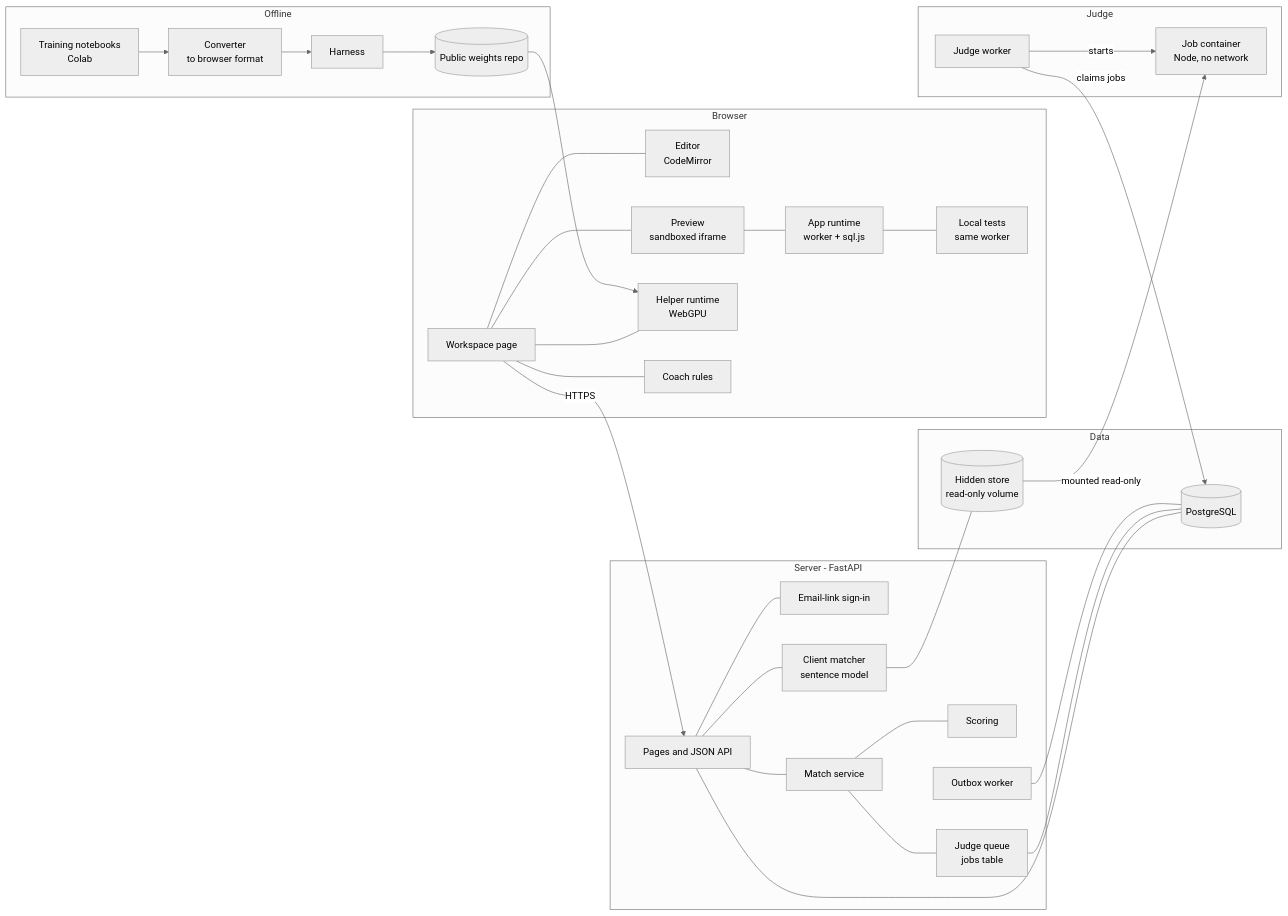
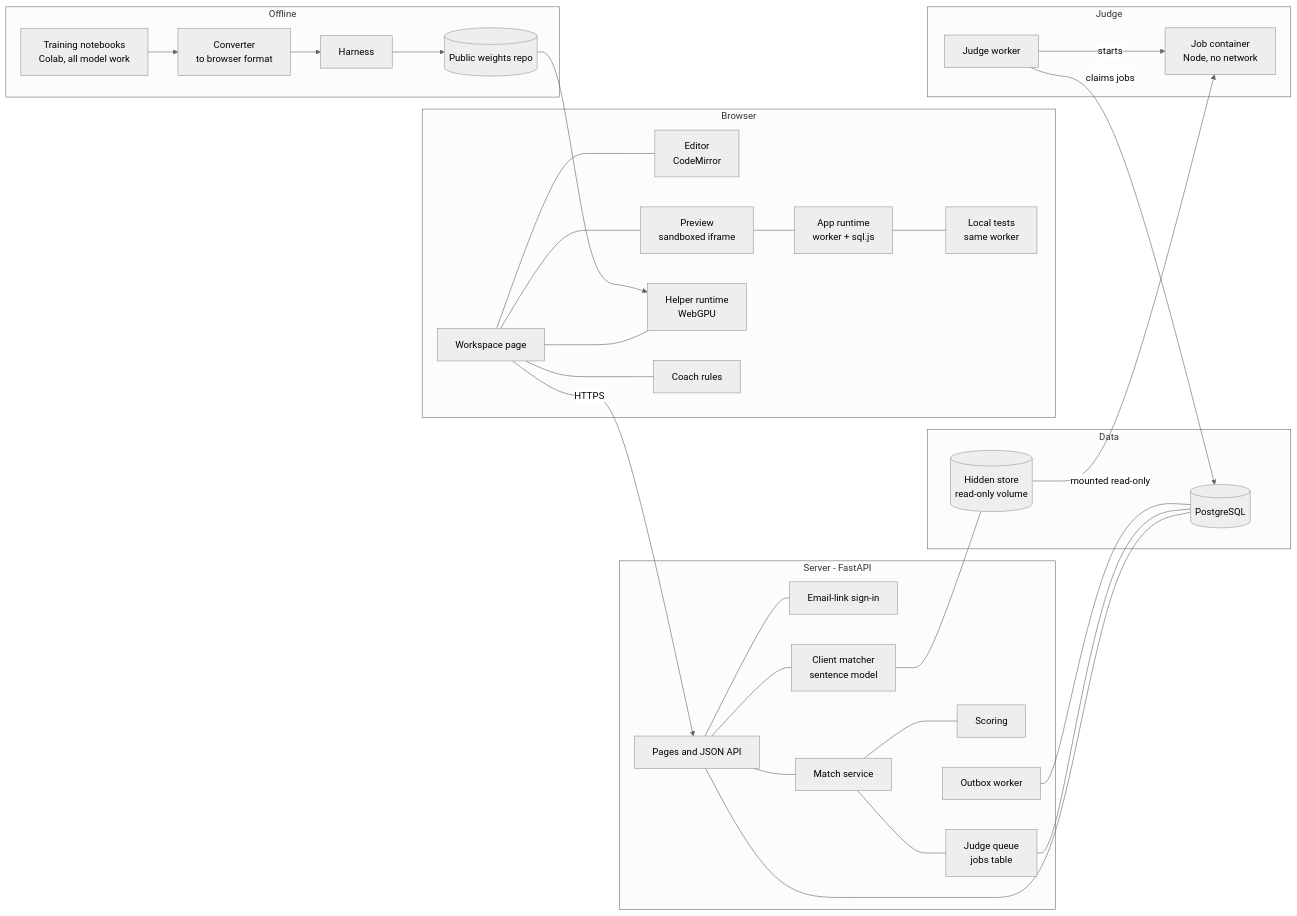
The first of 6 diagrams in codevscode/requirements/03-architecture.md (MoAbboud/PortFolio), drawn with Mermaid (neutral theme) before and after one commit. The commit also changed other lines of this file and 2 other files, not shown here.

Commit message:
codevscode requirements: how the helper ships - fine-tuned on colab, shrunk to 4-bit, measured against the model it started from, pinned on a public weights repo; a light engine, hand typing allowed, all model work on colab

````diff
--- a/codevscode/requirements/03-architecture.md
+++ b/codevscode/requirements/03-architecture.md
@@ -9,49 +9,49 @@
 ```mermaid
 flowchart LR
     subgraph B[Browser]
         WS[Workspace page]
         ED[Editor<br/>CodeMirror]
         PV[Preview<br/>sandboxed iframe]
         RT[App runtime<br/>worker + sql.js]
         LT[Local tests<br/>same worker]
         HR[Helper runtime<br/>WebGPU]
         CO[Coach rules]
     end
     subgraph S[Server - FastAPI]
         WEB[Pages and JSON API]
         AUTH[Email-link sign-in]
         CL[Client matcher<br/>sentence model]
         MT[Match service]
         SC[Scoring]
         Q[Judge queue<br/>jobs table]
         OB[Outbox worker]
     end
     subgraph D[Data]
         PG[(PostgreSQL)]
         HS[(Hidden store<br/>read-only volume)]
     end
     subgraph J[Judge]
         JW[Judge worker]
         BOX[Job container<br/>Node, no network]
     end
     subgraph O[Offline]
-        NB[Training notebooks<br/>Colab]
+        NB[Training notebooks<br/>Colab, all model work]
         CV[Converter<br/>to browser format]
         HB[Harness]
         HF[(Public weights repo)]
     end
     WS --- ED & PV & HR & CO
     PV --- RT --- LT
     WS -->|HTTPS| WEB
     WEB --- AUTH & CL & MT
     MT --- SC & Q
     CL --- HS
     WEB --- PG
     Q --- PG
     JW -->|claims jobs| PG
     JW -->|starts| BOX
     HS -->|mounted read-only| BOX
     NB --> CV --> HB --> HF
     HF --> HR
     OB --- PG
 ```
````
